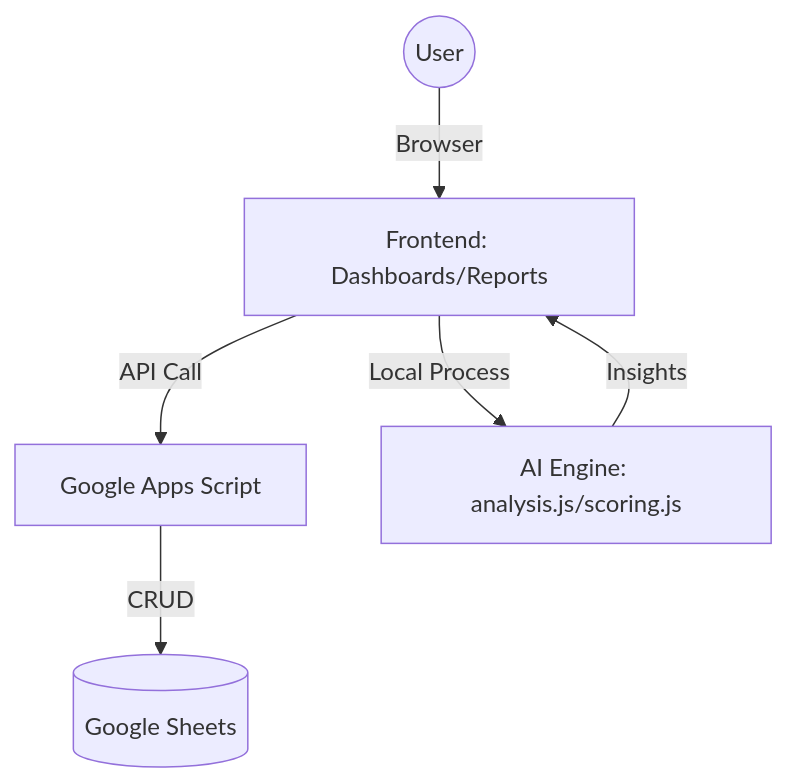
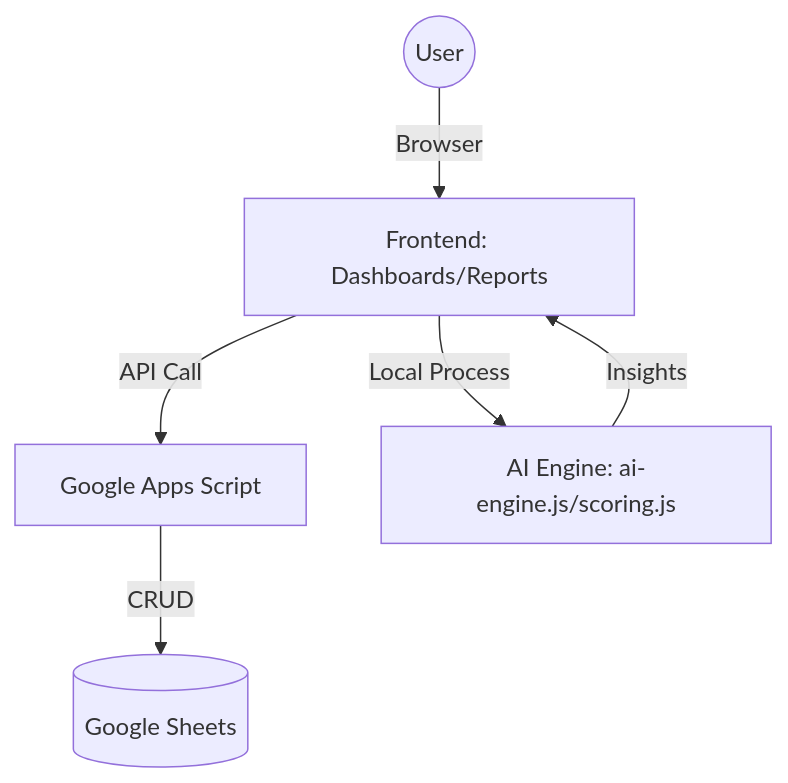
One commit to poppatompong-dev/KPI_Dashboard changed the diagram in docs/SYSTEM_DOCUMENTATION_V3.md. Above: the diagram before and after it, drawn with Mermaid. The commit also changed other lines of this file and 802 other files, not shown here.

````diff
--- a/docs/SYSTEM_DOCUMENTATION_V3.md
+++ b/docs/SYSTEM_DOCUMENTATION_V3.md
@@ -20,8 +22,8 @@
 ```mermaid
 graph TD
     User((User)) -->|Browser| UI[Frontend: Dashboards/Reports]
     UI -->|API Call| GAS[Google Apps Script]
     GAS -->|CRUD| GS[(Google Sheets)]
-    UI -->|Local Process| AI[AI Engine: analysis.js/scoring.js]
+    UI -->|Local Process| AI[AI Engine: ai-engine.js/scoring.js]
     AI -->|Insights| UI
 ```
````
